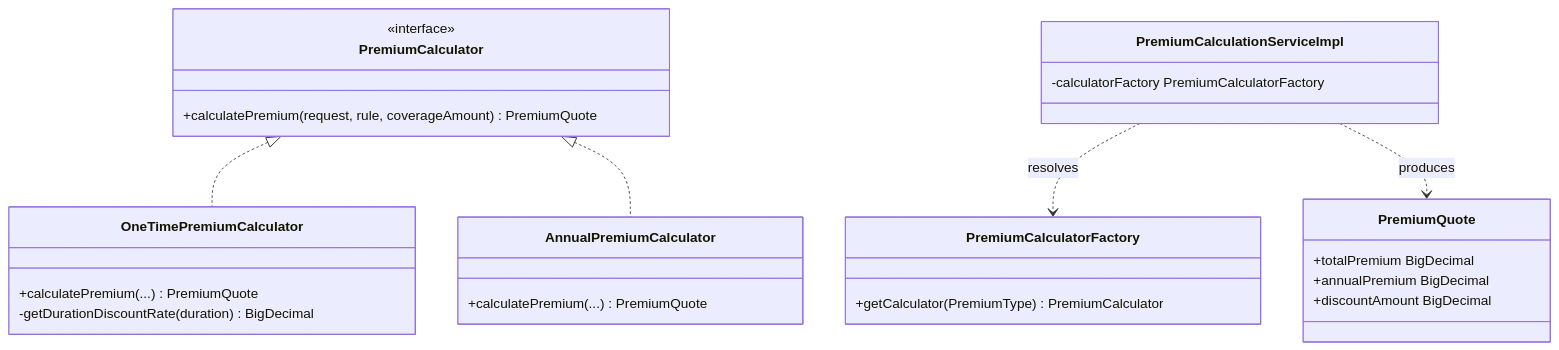
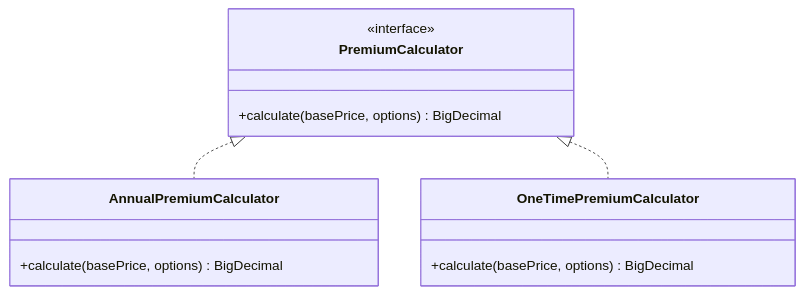
The second of 2 diagrams in docs/07_Design_Patterns/Strategy.md (Gurry-12/insurance-policy-claim-capstone-project), drawn with Mermaid before and after one commit. The commit also changed other lines of this file and 86 other files, not shown here.

````diff
--- a/docs/07_Design_Patterns/Strategy.md
+++ b/docs/07_Design_Patterns/Strategy.md
@@ -85,30 +54,16 @@
 ```mermaid
 classDiagram
-    direction TB
     class PremiumCalculator {
         <<interface>>
-        +calculatePremium(request, rule, coverageAmount) PremiumQuote
+        +calculate(basePrice, options) BigDecimal
+    }
+    class AnnualPremiumCalculator {
+        +calculate(basePrice, options) BigDecimal
     }
     class OneTimePremiumCalculator {
-        +calculatePremium(...) PremiumQuote
-        -getDurationDiscountRate(duration) BigDecimal
+        +calculate(basePrice, options) BigDecimal
     }
-    class AnnualPremiumCalculator {
-        +calculatePremium(...) PremiumQuote
-    }
-    class PremiumCalculatorFactory {
-        +getCalculator(PremiumType) PremiumCalculator
-    }
-    class PremiumCalculationServiceImpl {
-        -calculatorFactory PremiumCalculatorFactory
-    }
-    class PremiumQuote {
-        +totalPremium BigDecimal
-        +annualPremium BigDecimal
-        +discountAmount BigDecimal
-    }
+    
+    PremiumCalculator <|.. AnnualPremiumCalculator
     PremiumCalculator <|.. OneTimePremiumCalculator
-    PremiumCalculator <|.. AnnualPremiumCalculator
-    PremiumCalculationServiceImpl ..> PremiumCalculatorFactory : resolves
-    PremiumCalculationServiceImpl ..> PremiumQuote : produces
 ```
````
